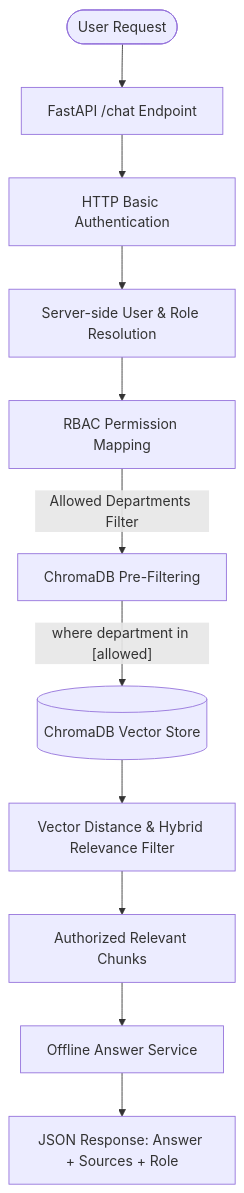
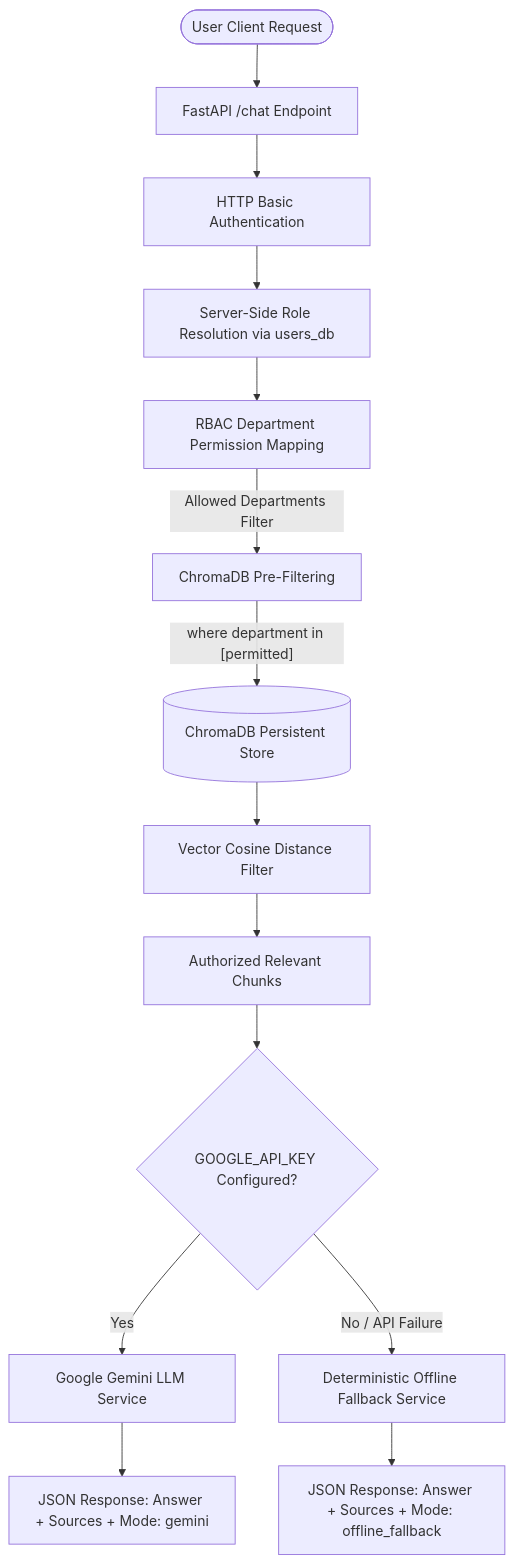
Before and after one commit to Kavinsharvesh/internal-rag-chatbot-rbac: the diagram in README.md, drawn with Mermaid. The commit also changed other lines of this file and 7 other files, not shown here.

Commit message:
feat: implement RBAC internal RAG chatbot with Gemini integration

````diff
--- a/README.md
+++ b/README.md
@@ -22,13 +19,16 @@
 ```mermaid
 flowchart TD
-    User([User Request]) --> API[FastAPI /chat Endpoint]
+    User([User Client Request]) --> API[FastAPI /chat Endpoint]
     API --> Auth[HTTP Basic Authentication]
-    Auth --> ServerRole[Server-side User & Role Resolution]
-    ServerRole --> RBAC[RBAC Permission Mapping]
+    Auth --> ServerRole[Server-Side Role Resolution via users_db]
+    ServerRole --> RBAC[RBAC Department Permission Mapping]
     RBAC -- "Allowed Departments Filter" --> PreFilter[ChromaDB Pre-Filtering]
-    PreFilter -- "where department in [allowed]" --> VectorStore[(ChromaDB Vector Store)]
-    VectorStore --> DistanceCheck[Vector Distance & Hybrid Relevance Filter]
+    PreFilter -- "where department in [permitted]" --> VectorStore[(ChromaDB Persistent Store)]
+    VectorStore --> DistanceCheck[Vector Cosine Distance Filter]
     DistanceCheck --> Chunks[Authorized Relevant Chunks]
-    Chunks --> OfflineService[Offline Answer Service]
-    OfflineService --> Response[JSON Response: Answer + Sources + Role]
+    Chunks --> LLMCheck{GOOGLE_API_KEY Configured?}
+    LLMCheck -- Yes --> GeminiService[Google Gemini LLM Service]
+    LLMCheck -- No / API Failure --> OfflineService[Deterministic Offline Fallback Service]
+    GeminiService --> Response[JSON Response: Answer + Sources + Mode: gemini]
+    OfflineService --> Response2[JSON Response: Answer + Sources + Mode: offline_fallback]
 ```
````
